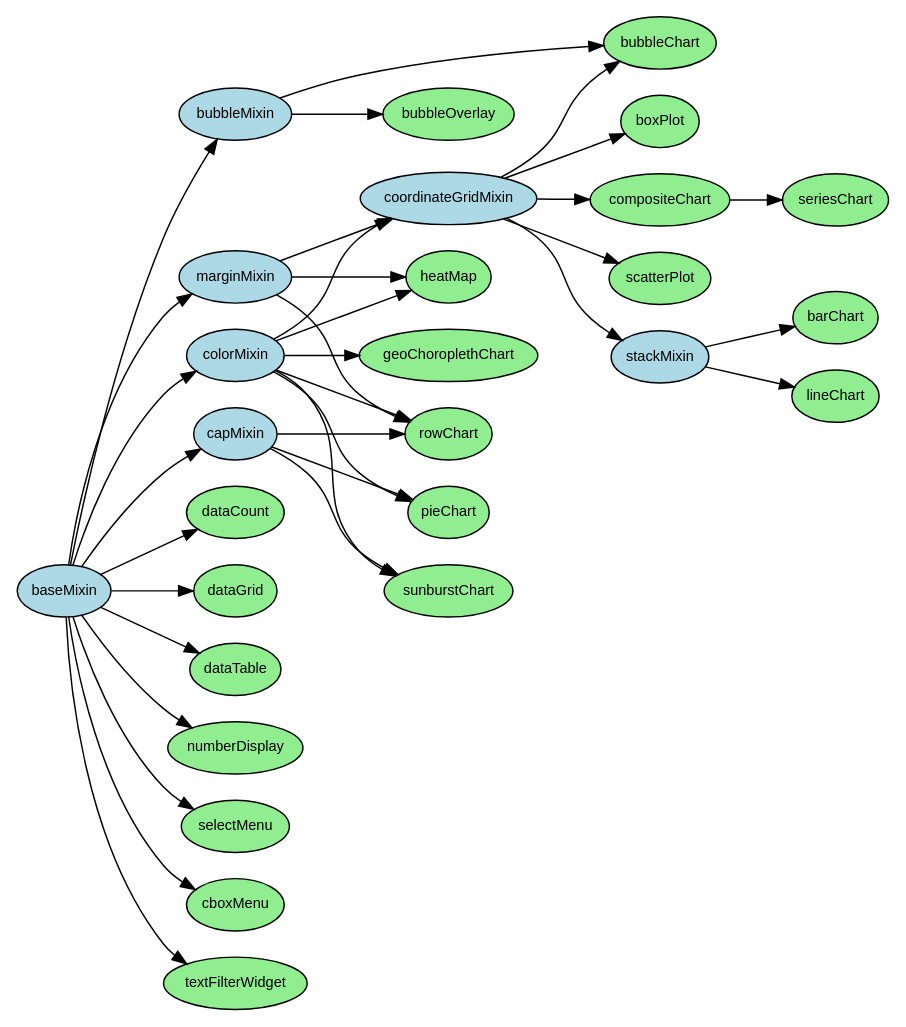
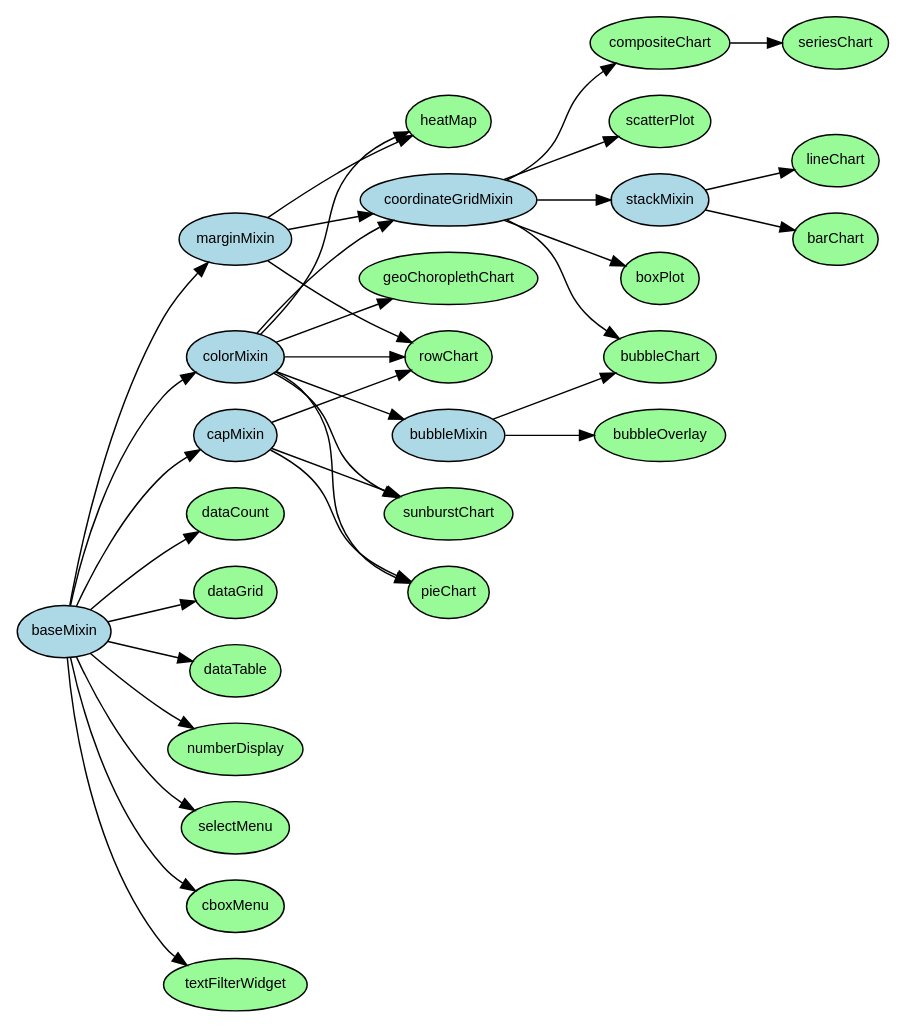
One commit to dc-js/dc.js changed the diagram in class-hierarchy.dot. Above: the diagram before and after it, drawn with Graphviz.

Commit message:
add colorMixin -> bubbleMixin; fix color

```diff
--- a/class-hierarchy.dot
+++ b/class-hierarchy.dot
@@ -1,40 +1,40 @@
 digraph dcHierarchy {
 graph [rankdir=LR, ranksep=0.5]
 node [fontname="sans-serif", fontsize=10, margin="0.05,0.05", href="dc.\N.html"]
-node [style=filled, fillcolor=lightgreen]
+node [style=filled, fillcolor=palegreen]
 { node [style=filled, fillcolor=lightblue] baseMixin colorMixin marginMixin bubbleMixin coordinateGridMixin stackMixin capMixin }
 baseMixin [href="dc.baseMixin.html"]
 colorMixin -> coordinateGridMixin
 marginMixin -> coordinateGridMixin
 coordinateGridMixin -> stackMixin
 stackMixin -> barChart
 coordinateGridMixin -> boxPlot
 coordinateGridMixin -> bubbleChart
 bubbleMixin -> bubbleChart
-baseMixin -> bubbleMixin
+colorMixin -> bubbleMixin
 bubbleMixin -> bubbleOverlay
 coordinateGridMixin -> compositeChart
 compositeChart -> seriesChart
 baseMixin -> dataCount
 baseMixin -> dataGrid
 baseMixin -> dataTable
 baseMixin -> colorMixin
 colorMixin -> geoChoroplethChart
 baseMixin -> marginMixin
 marginMixin -> heatMap
 colorMixin -> heatMap
 stackMixin -> lineChart
 baseMixin -> numberDisplay
 colorMixin -> pieChart
 baseMixin -> capMixin
 capMixin -> pieChart
 capMixin -> rowChart
 marginMixin -> rowChart
 colorMixin -> rowChart
 coordinateGridMixin -> scatterPlot
 baseMixin -> selectMenu
 baseMixin -> cboxMenu
 colorMixin -> sunburstChart
 capMixin -> sunburstChart
 baseMixin -> textFilterWidget
 }
```
